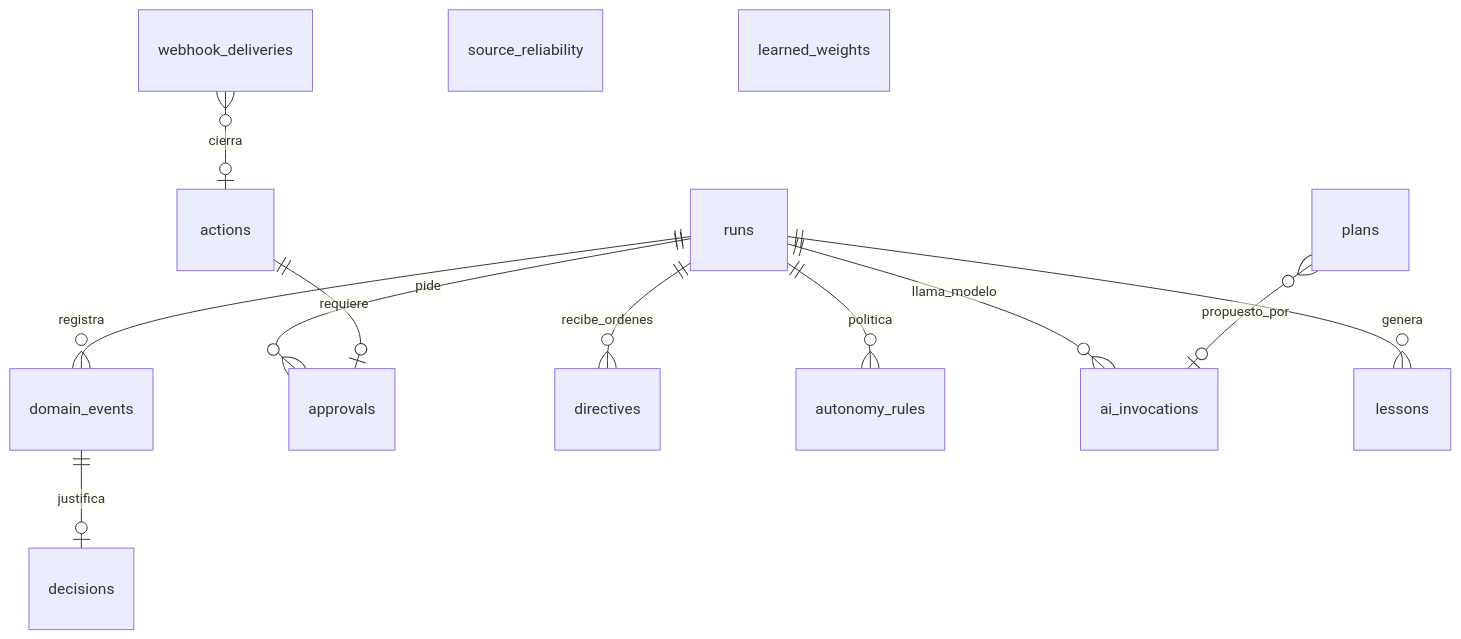
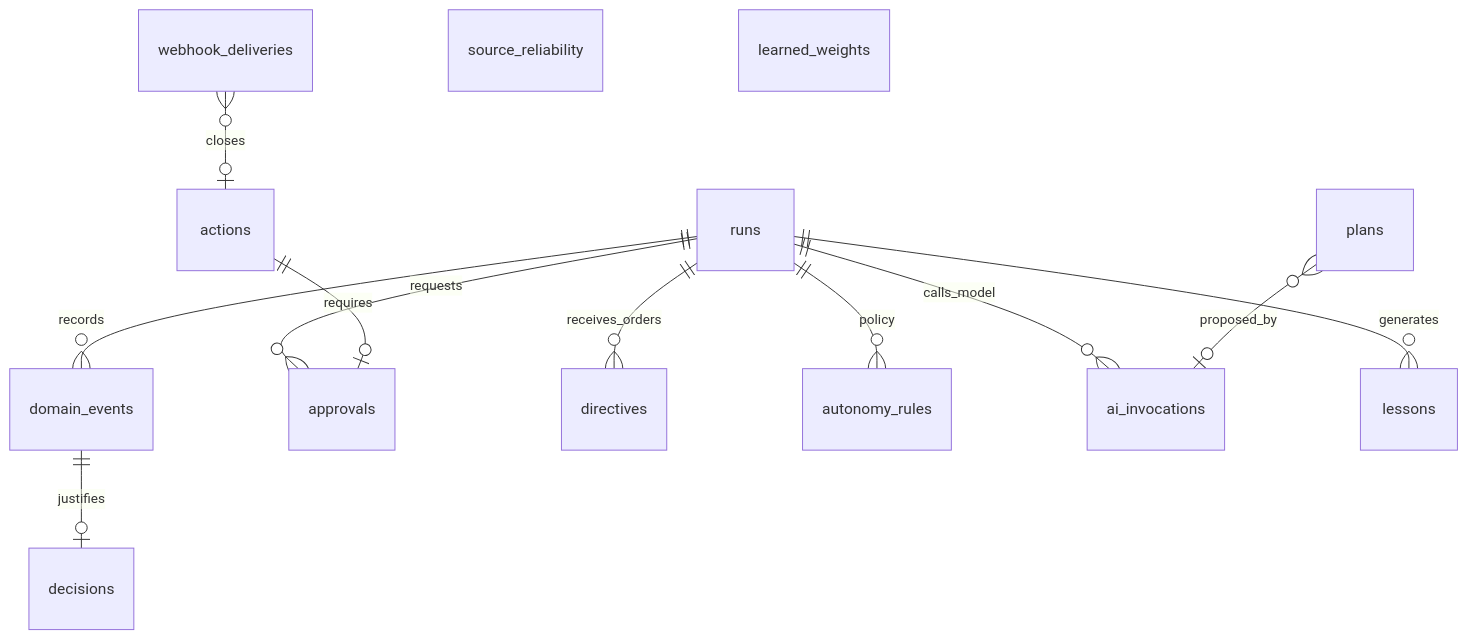
Before and after one commit to alvarovegaromero/hackandalus-hackathon: the second of 2 diagrams in docs/data-model.md, drawn with Mermaid. The commit also changed other lines of this file and 89 other files, not shown here.

````diff
--- a/docs/data-model.md
+++ b/docs/data-model.md
@@ -148,15 +148,15 @@
 ```mermaid
 erDiagram
-  runs ||--o{ domain_events : registra
-  domain_events ||--o| decisions : justifica
-  runs ||--o{ approvals : pide
-  actions ||--o| approvals : requiere
-  runs ||--o{ directives : recibe_ordenes
-  runs ||--o{ autonomy_rules : politica
-  runs ||--o{ ai_invocations : llama_modelo
-  plans }o--o| ai_invocations : propuesto_por
-  runs ||--o{ lessons : genera
-  webhook_deliveries }o--o| actions : cierra
+  runs ||--o{ domain_events : records
+  domain_events ||--o| decisions : justifies
+  runs ||--o{ approvals : requests
+  actions ||--o| approvals : requires
+  runs ||--o{ directives : receives_orders
+  runs ||--o{ autonomy_rules : policy
+  runs ||--o{ ai_invocations : calls_model
+  plans }o--o| ai_invocations : proposed_by
+  runs ||--o{ lessons : generates
+  webhook_deliveries }o--o| actions : closes
   source_reliability
   learned_weights
 ```
````
